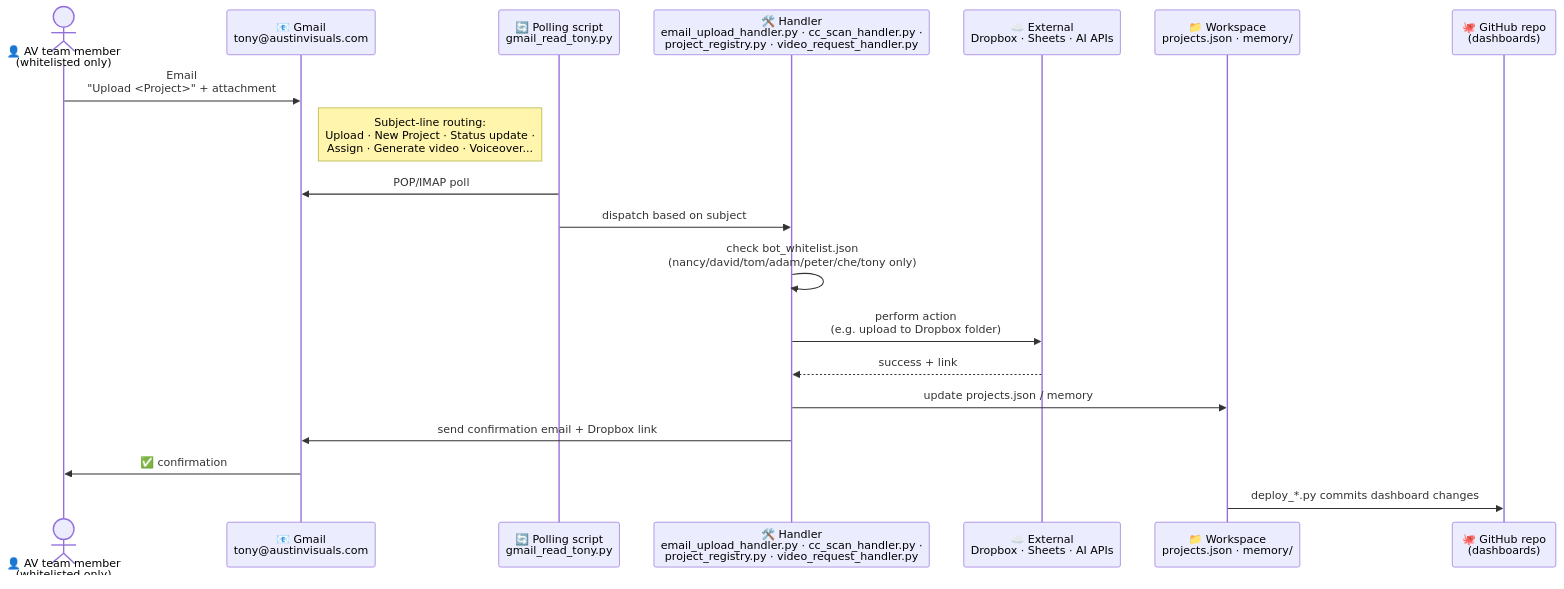
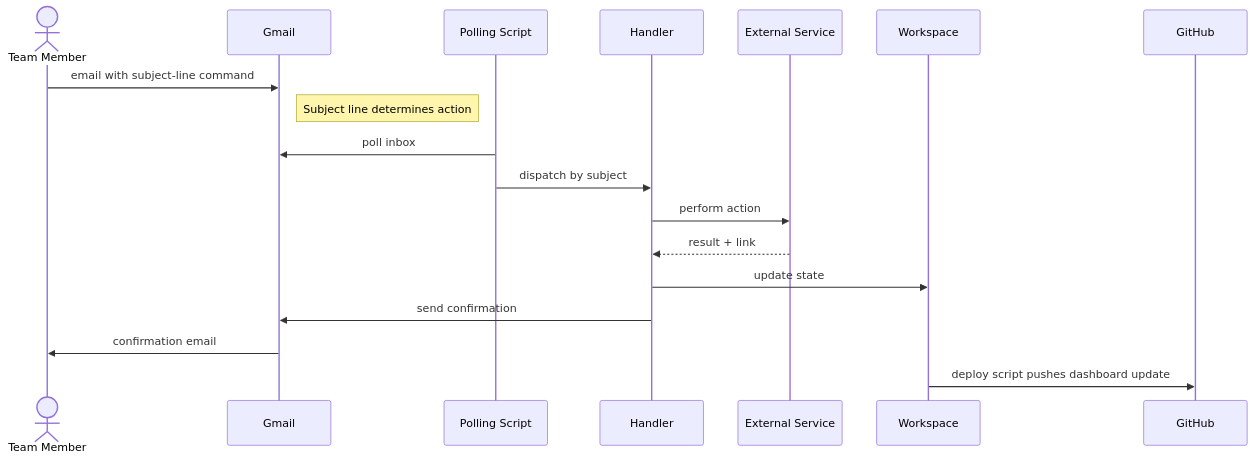
Before and after one commit to therealsparks/tony-docs: the diagram in architecture/03-command-loop.md, drawn with Mermaid. The commit also changed other lines of this file and 6 other files, not shown here.

Commit message:
Refactor architecture diagrams: backend/frontend framing, cleaner labels, tony.austinvisuals.com

````diff
--- a/architecture/03-command-loop.md
+++ b/architecture/03-command-loop.md
@@ -7,22 +7,21 @@
 ```mermaid
 sequenceDiagram
-    actor U as 👤 AV team member<br/>(whitelisted only)
-    participant GM as 📧 Gmail<br/>tony@austinvisuals.com
-    participant P as 🔄 Polling script<br/>gmail_read_tony.py
-    participant H as 🛠️ Handler<br/>email_upload_handler.py · cc_scan_handler.py ·<br/>project_registry.py · video_request_handler.py
-    participant X as ☁️ External<br/>Dropbox · Sheets · AI APIs
-    participant W as 📁 Workspace<br/>projects.json · memory/
-    participant G as 🐙 GitHub repo<br/>(dashboards)
+    actor U as Team Member
+    participant GM as Gmail
+    participant P as Polling Script
+    participant H as Handler
+    participant X as External Service
+    participant W as Workspace
+    participant G as GitHub
 
-    U->>GM: Email<br/>"Upload <Project>" + attachment
-    Note right of GM: Subject-line routing:<br/>Upload · New Project · Status update ·<br/>Assign · Generate video · Voiceover...
-    P->>GM: POP/IMAP poll
-    P->>H: dispatch based on subject
-    H->>H: check bot_whitelist.json<br/>(nancy/david/tom/adam/peter/che/tony only)
-    H->>X: perform action<br/>(e.g. upload to Dropbox folder)
-    X-->>H: success + link
-    H->>W: update projects.json / memory
-    H->>GM: send confirmation email + Dropbox link
-    GM->>U: ✅ confirmation
-    W->>G: deploy_*.py commits dashboard changes
+    U->>GM: email with subject-line command
+    Note right of GM: Subject line determines action
+    P->>GM: poll inbox
+    P->>H: dispatch by subject
+    H->>X: perform action
+    X-->>H: result + link
+    H->>W: update state
+    H->>GM: send confirmation
+    GM->>U: confirmation email
+    W->>G: deploy script pushes dashboard update
 ```
````
